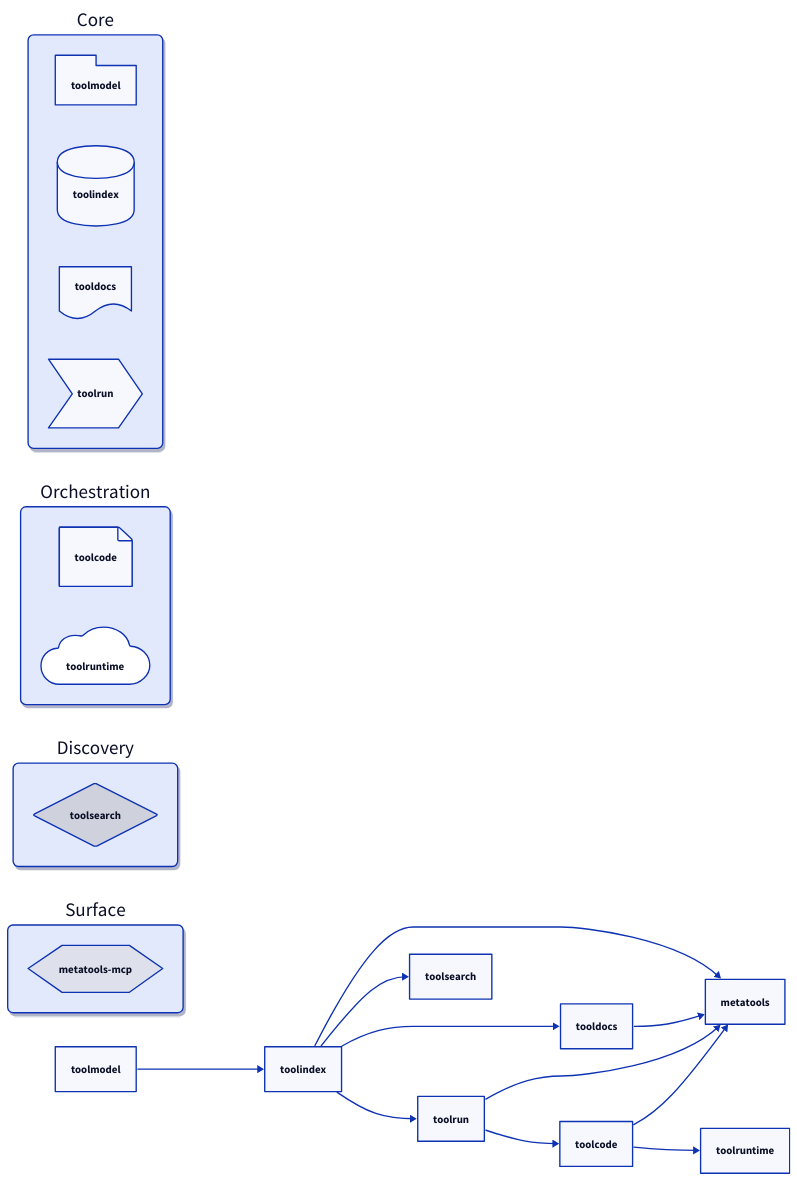
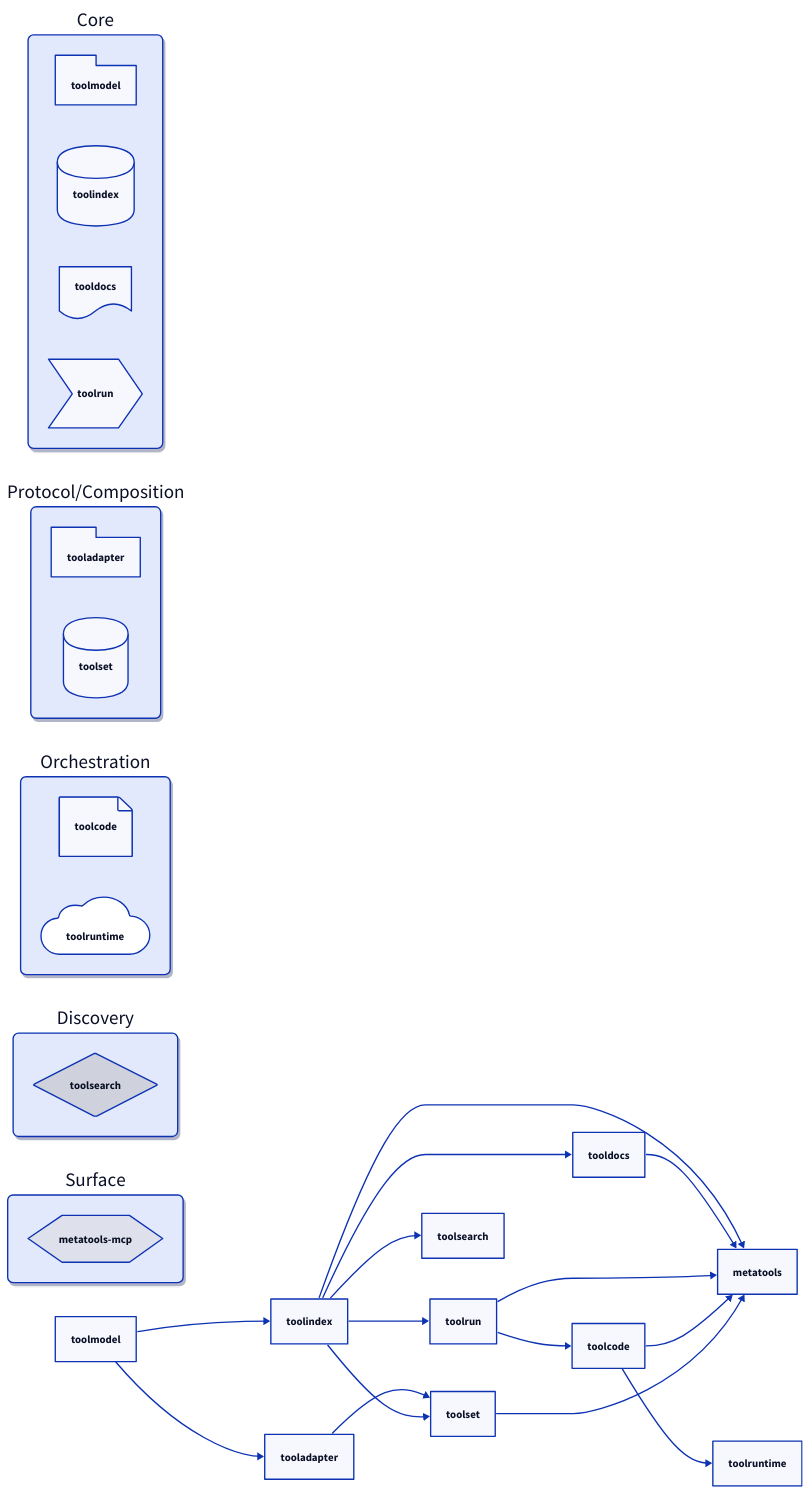
One commit to jonwraymond/ai-tools-stack changed the diagram in docs/diagrams/stack-high-level-flow.d2. Above: the diagram before and after it, drawn with D2. The commit also changed 5 other files, not shown here.

Commit message:
docs: update stack diagrams for toolset

```diff
--- a/docs/diagrams/stack-high-level-flow.d2
+++ b/docs/diagrams/stack-high-level-flow.d2
@@ -1,54 +1,68 @@
 direction: right
 
 style: { font-size: 14 }
 
 core: {
   label: "Core"
   style: {
   border-radius: 8
   shadow: true
 }
   toolmodel: { shape: package }
   toolindex: { shape: cylinder }
   tooldocs: { shape: document }
   toolrun: { shape: step }
+}
+
+protocol: {
+  label: "Protocol/Composition"
+  style: {
+  border-radius: 8
+  shadow: true
+}
+  tooladapter: { shape: package }
+  toolset: { shape: cylinder }
 }
 
 orchestration: {
   label: "Orchestration"
   style: {
   border-radius: 8
   shadow: true
 }
   toolcode: { shape: page }
   toolruntime: { shape: cloud }
 }
 
 discovery: {
   label: "Discovery"
   style: {
   border-radius: 8
   shadow: true
 }
   toolsearch: { shape: diamond }
 }
 
 surface: {
   label: "Surface"
   style: {
   border-radius: 8
   shadow: true
 }
   metatools: "metatools-mcp" { shape: hexagon }
 }
 
 toolmodel -> toolindex
+toolmodel -> tooladapter
+tooladapter -> toolset
  toolindex -> tooldocs
  toolindex -> toolrun
+ toolindex -> toolset
  toolrun -> toolcode
  toolcode -> toolruntime
  toolindex -> toolsearch
  toolindex -> metatools
  tooldocs -> metatools
  toolrun -> metatools
  toolcode -> metatools
+ toolset -> metatools
```
